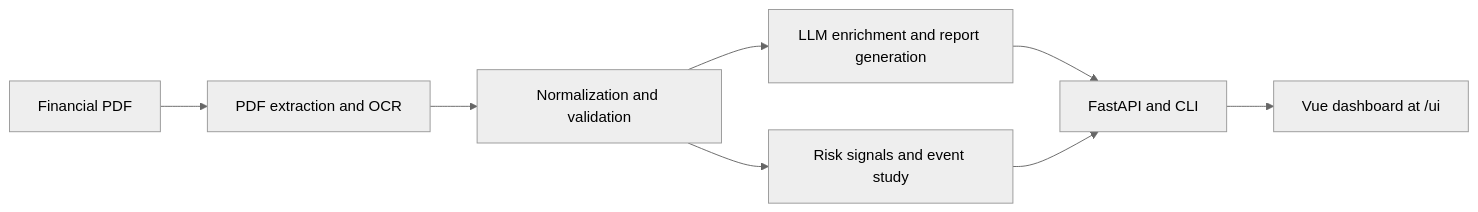
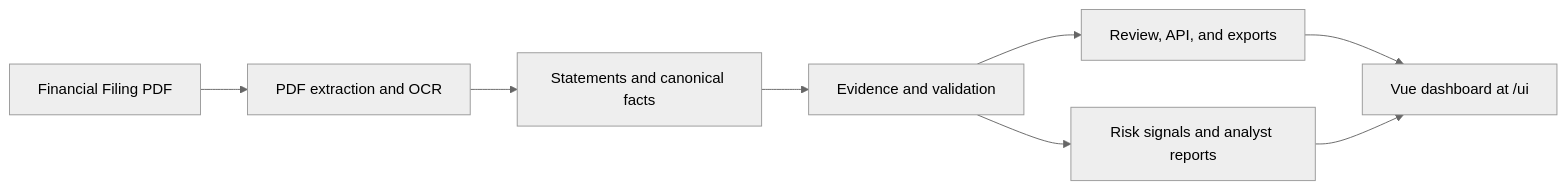
The diagram in README.md (magic-alt/jetbot), drawn with Mermaid (neutral theme) before and after one commit. The commit also changed other lines of this file and 9 other files, not shown here.

````diff
--- a/README.md
+++ b/README.md
@@ -18,10 +20,10 @@
 ```mermaid
 flowchart LR
-    A[Financial PDF] --> B[PDF extraction and OCR]
-    B --> C[Normalization and validation]
-    C --> D[LLM enrichment and report generation]
-    C --> E[Risk signals and event study]
-    D --> F[FastAPI and CLI]
-    E --> F
-    F --> G[Vue dashboard at /ui]
+  A[Financial Filing PDF] --> B[PDF extraction and OCR]
+  B --> C[Statements and canonical facts]
+  C --> D[Evidence and validation]
+  D --> E[Review, API, and exports]
+  D --> F[Risk signals and analyst reports]
+  E --> G[Vue dashboard at /ui]
+  F --> G
 ```
````
